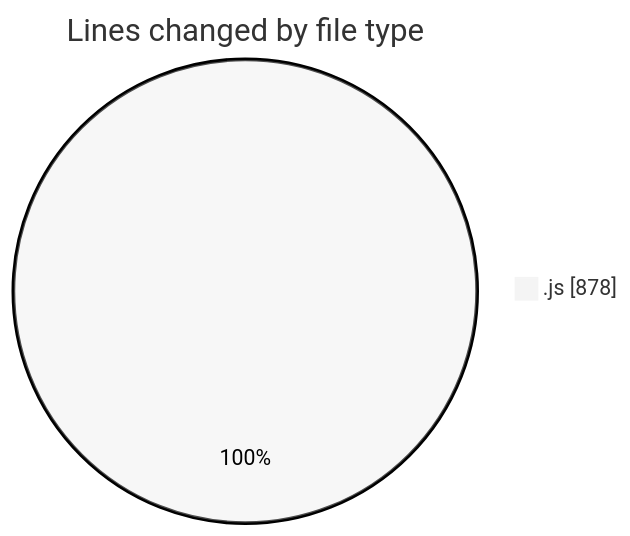
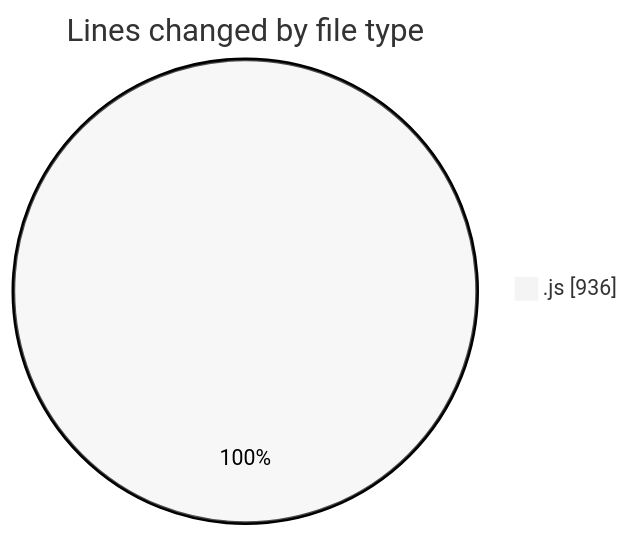
One commit to momahboobian/code-tracking changed the first of 2 diagrams in 2026-02-04/cda/README.md. Above: the diagram before and after it, drawn with Mermaid (neutral theme). The commit also changed other lines of this file and 1 other file, not shown here.

````diff
--- a/2026-02-04/cda/README.md
+++ b/2026-02-04/cda/README.md
@@ -20,5 +20,5 @@
 ```mermaid
 pie showData
 title Lines changed by file type
-".js" : 878
+".js" : 936
 ```
````
